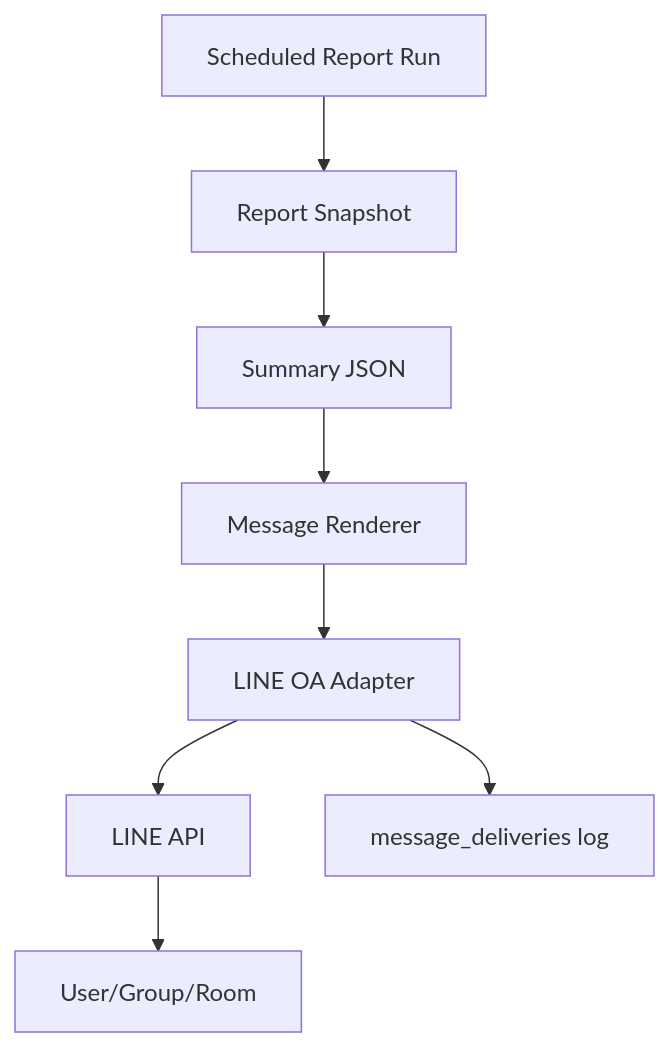
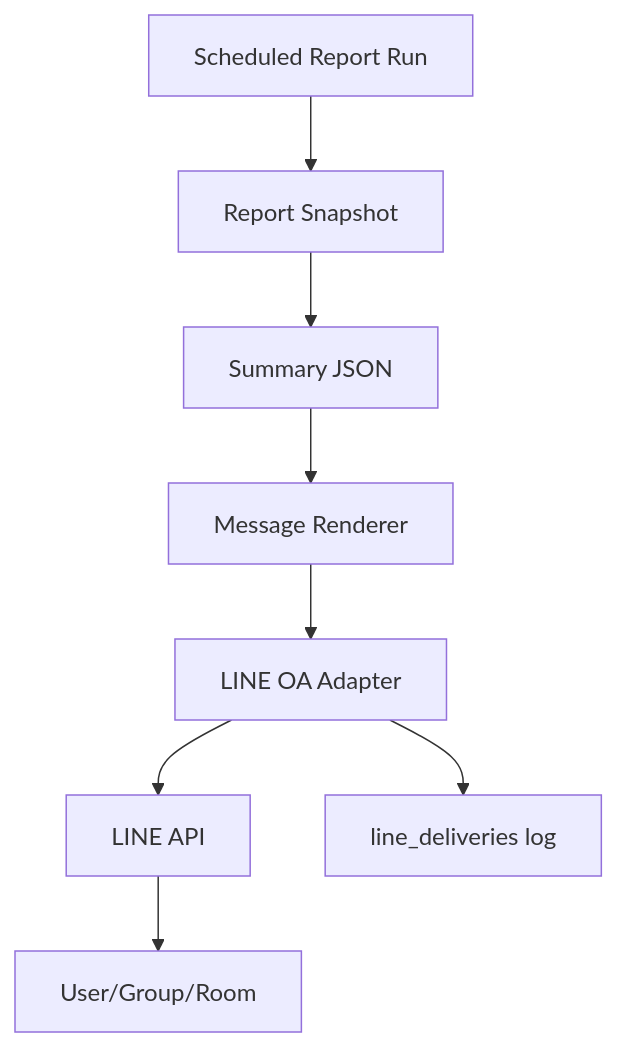
Before and after one commit to bosocmputer/ai-business-command-center: the diagram in docs/07_LINE_OA_MORNING_BRIEF_TH.md, drawn with Mermaid. The commit also changed other lines of this file and 16 other files, not shown here.

````diff
--- a/docs/07_LINE_OA_MORNING_BRIEF_TH.md
+++ b/docs/07_LINE_OA_MORNING_BRIEF_TH.md
@@ -63,10 +69,10 @@
 ```mermaid
 flowchart TD
     A[Scheduled Report Run] --> B[Report Snapshot]
     B --> C[Summary JSON]
     C --> D[Message Renderer]
     D --> E[LINE OA Adapter]
     E --> F[LINE API]
     F --> G[User/Group/Room]
-    E --> H[message_deliveries log]
+    E --> H[line_deliveries log]
 ```
````
